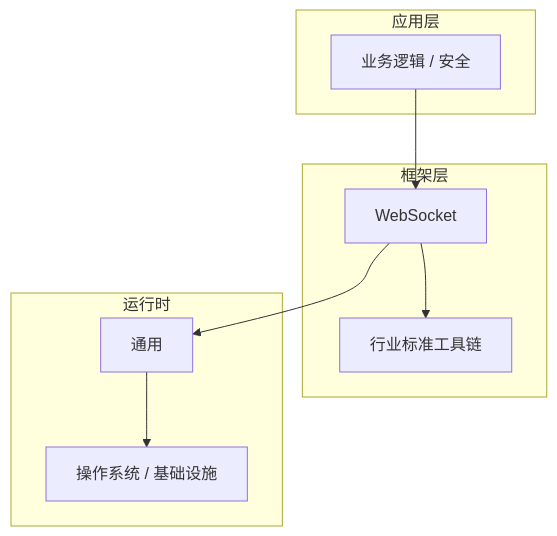
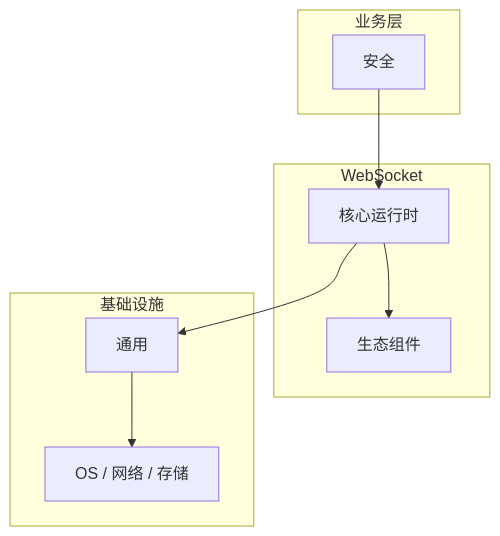
One commit to yanggan2015/knowledge-json-v2 changed the diagram in articles/WebSocket/chapters/049-安全核心概念与原理.md. Above: the diagram before and after it, drawn with Mermaid. The commit also changed other lines of this file and 10127 other files, not shown here.

````diff
--- a/articles/WebSocket/chapters/049-安全核心概念与原理.md
+++ b/articles/WebSocket/chapters/049-安全核心概念与原理.md
@@ -45,18 +34,18 @@
 ```mermaid
 graph TB
-    subgraph 应用层
-        A[业务逻辑 / 安全]
+    subgraph 业务层
+        A[安全]
     end
-    subgraph 框架层
-        B[WebSocket]
-        C[行业标准工具链]
+    subgraph WebSocket
+        B[核心运行时]
+        C[生态组件]
     end
-    subgraph 运行时
+    subgraph 基础设施
         D[通用]
-        E[操作系统 / 基础设施]
+        E[OS / 网络 / 存储]
     end
     A --> B
     B --> C
     B --> D
     D --> E
 ```
````
